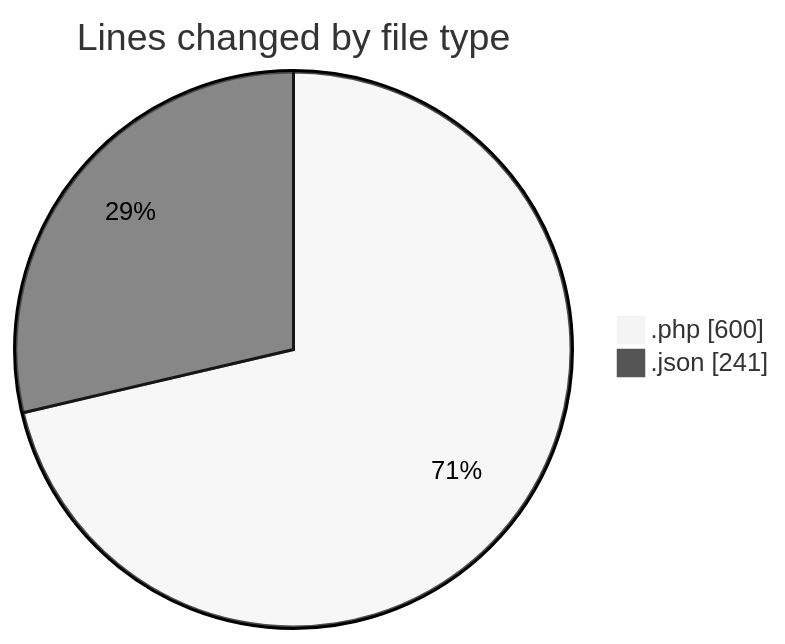
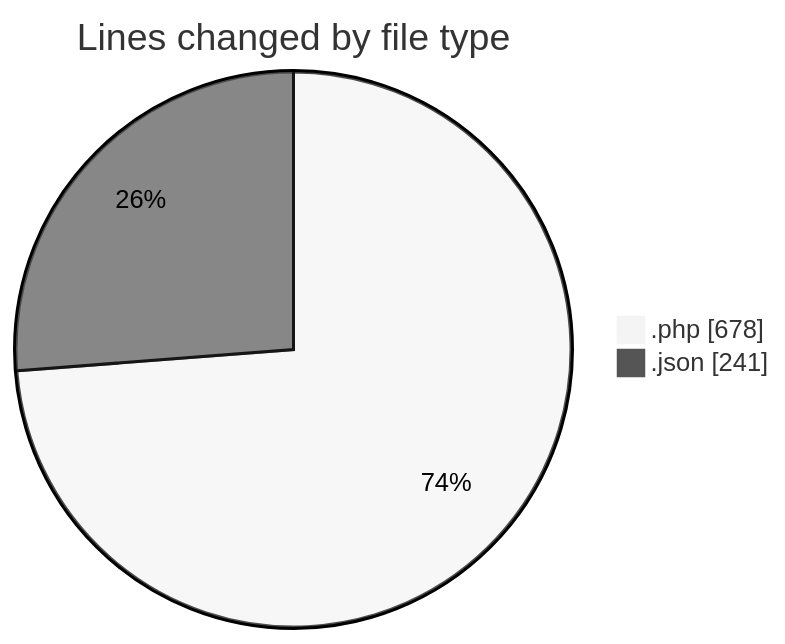
Before and after one commit to idhammustaqopulfikri/code-tracking: the first of 2 diagrams in 2025-03-30/autodidak/README.md, drawn with Mermaid (neutral theme). The commit also changed other lines of this file and 1 other file, not shown here.

````diff
--- a/2025-03-30/autodidak/README.md
+++ b/2025-03-30/autodidak/README.md
@@ -26,6 +26,6 @@
 ```mermaid
 pie showData
 title Lines changed by file type
-".php" : 600
+".php" : 678
 ".json" : 241
 ```
````
